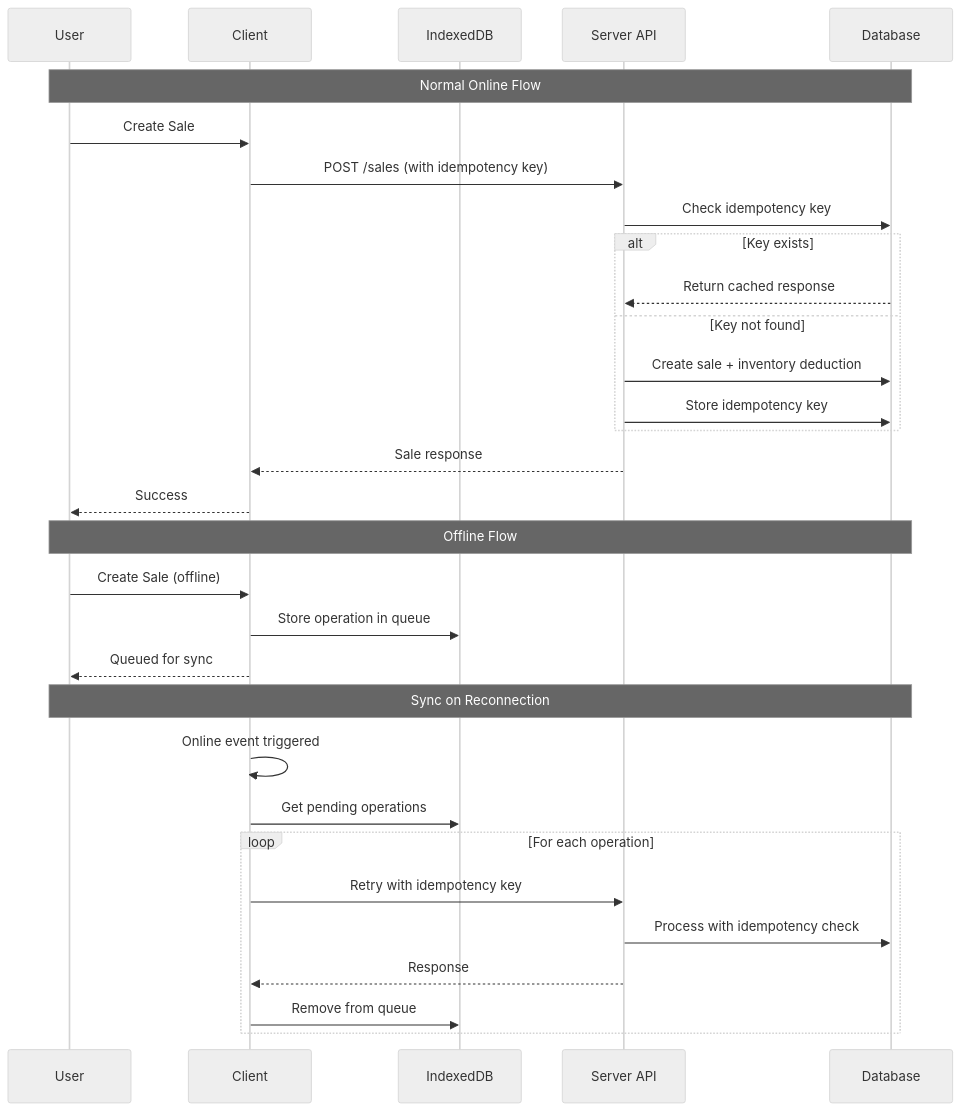
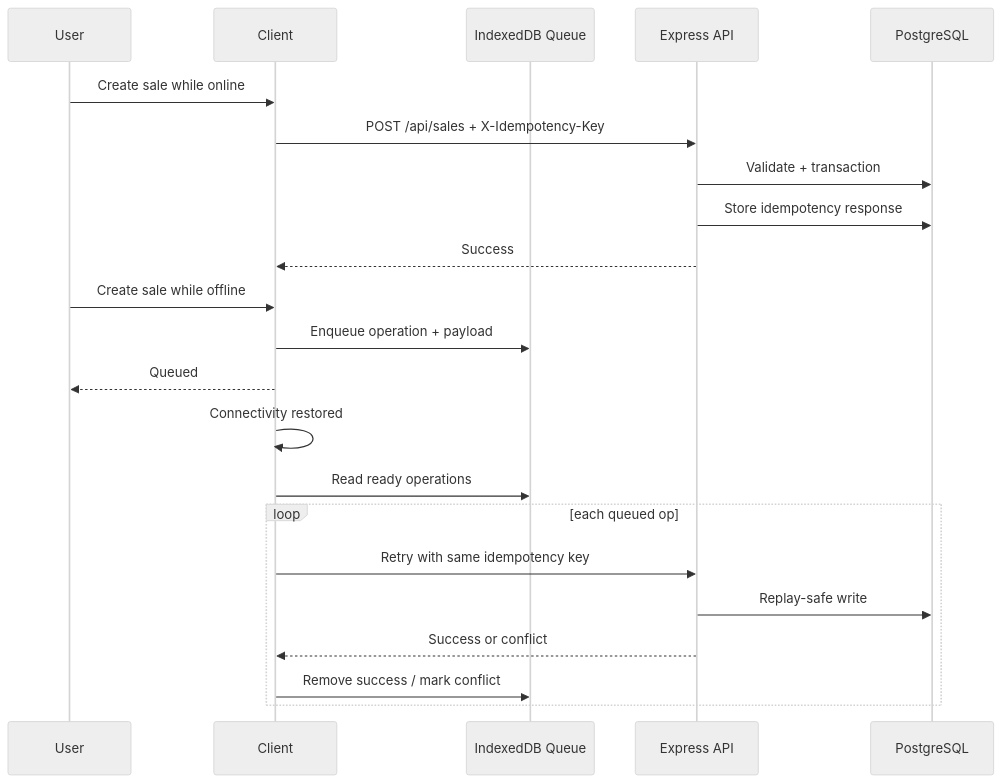
Before and after one commit to Asout3/bakery-ops-app: the second of 2 diagrams in README.md, drawn with Mermaid (neutral theme). The commit also changed other lines of this file and 7 other files, not shown here.

Commit message:
Harden production runtime and improve offline sync resilience

````diff
--- a/README.md
+++ b/README.md
@@ -67,36 +55,27 @@
 ```mermaid
 sequenceDiagram
-    participant U as User
-    participant C as Client
-    participant IDB as IndexedDB
-    participant API as Server API
-    participant DB as Database
-    
-    Note over U,DB: Normal Online Flow
-    U->>C: Create Sale
-    C->>API: POST /sales (with idempotency key)
-    API->>DB: Check idempotency key
-    alt Key exists
-        DB-->>API: Return cached response
-    else Key not found
-        API->>DB: Create sale + inventory deduction
-        API->>DB: Store idempotency key
-    end
-    API-->>C: Sale response
-    C-->>U: Success
-    
-    Note over U,DB: Offline Flow
-    U->>C: Create Sale (offline)
-    C->>IDB: Store operation in queue
-    C-->>U: Queued for sync
-    
-    Note over U,DB: Sync on Reconnection
-    C->>C: Online event triggered
-    C->>IDB: Get pending operations
-    loop For each operation
-        C->>API: Retry with idempotency key
-        API->>DB: Process with idempotency check
-        API-->>C: Response
-        C->>IDB: Remove from queue
+    participant User
+    participant Client
+    participant Queue as IndexedDB Queue
+    participant API as Express API
+    participant DB as PostgreSQL
+
+    User->>Client: Create sale while online
+    Client->>API: POST /api/sales + X-Idempotency-Key
+    API->>DB: Validate + transaction
+    API->>DB: Store idempotency response
+    API-->>Client: Success
+
+    User->>Client: Create sale while offline
+    Client->>Queue: Enqueue operation + payload
+    Client-->>User: Queued
+
+    Client->>Client: Connectivity restored
+    Client->>Queue: Read ready operations
+    loop each queued op
+      Client->>API: Retry with same idempotency key
+      API->>DB: Replay-safe write
+      API-->>Client: Success or conflict
+      Client->>Queue: Remove success / mark conflict
     end
 ```
````
